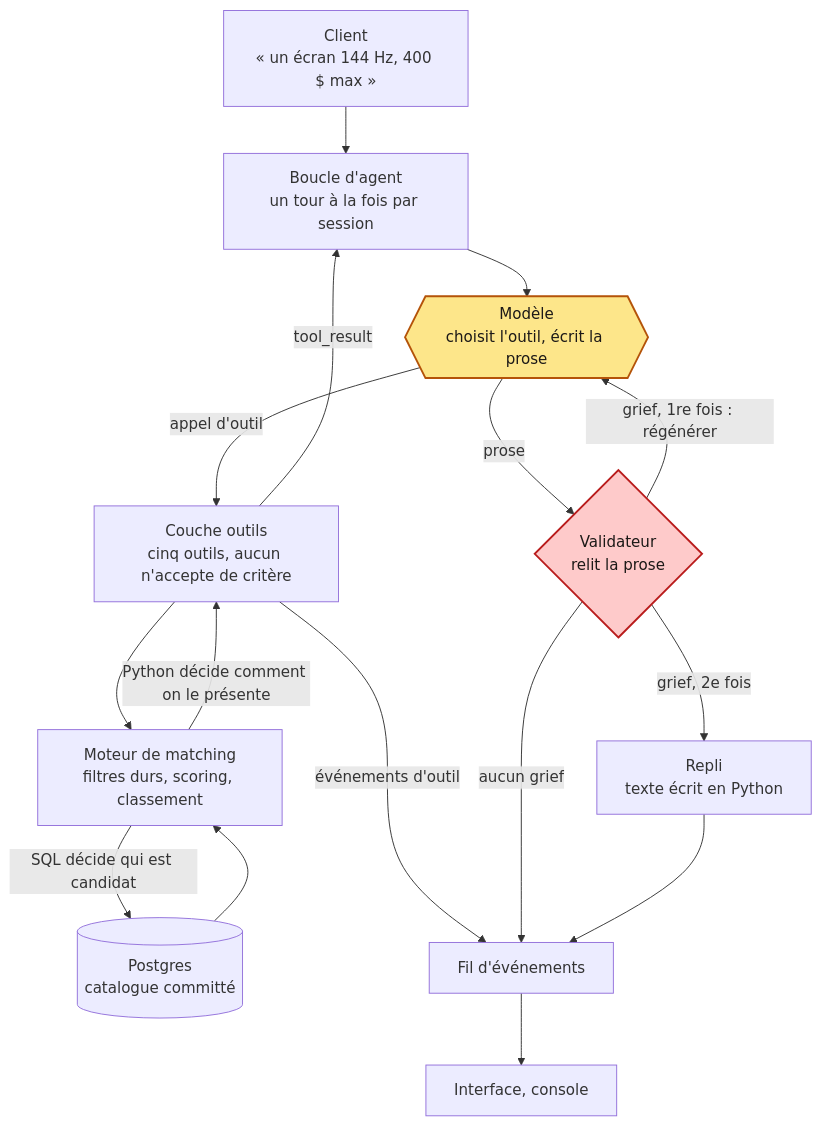
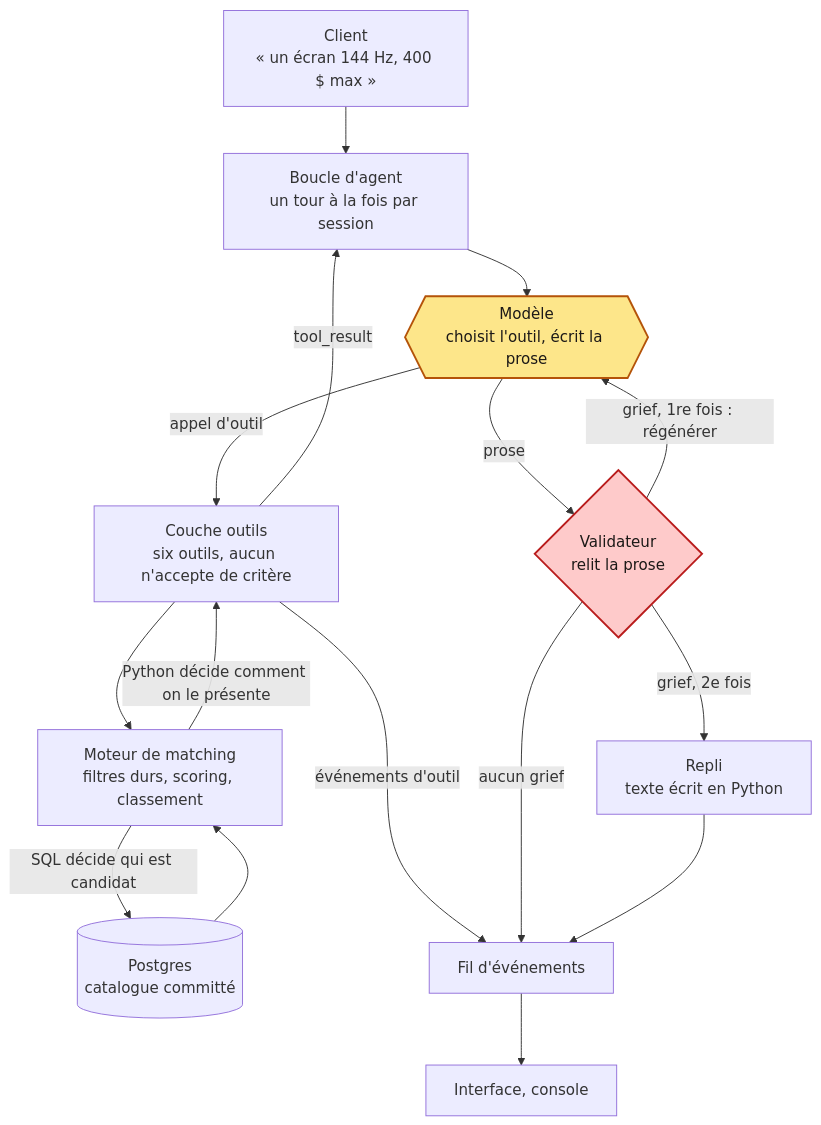
Before and after one commit to chaton59/rAiyon: the diagram in README.md, drawn with Mermaid. The commit also changed other lines of this file and 1 other file, not shown here.

````diff
--- a/README.md
+++ b/README.md
@@ -10,34 +28,34 @@
 ```mermaid
 flowchart TD
     C["Client<br/>« un écran 144 Hz, 400 $ max »"]
     B["Boucle d'agent<br/>un tour à la fois par session"]
     LLM{{"Modèle<br/>choisit l'outil, écrit la prose"}}
-    OUT["Couche outils<br/>cinq outils, aucun n'accepte de critère"]
+    OUT["Couche outils<br/>six outils, aucun n'accepte de critère"]
     MOT["Moteur de matching<br/>filtres durs, scoring, classement"]
     SQL[("Postgres<br/>catalogue committé")]
     VAL{"Validateur<br/>relit la prose"}
     REPLI["Repli<br/>texte écrit en Python"]
     SSE["Fil d'événements"]
     UI["Interface, console"]
 
     C --> B
     B --> LLM
     LLM -- "appel d'outil" --> OUT
     OUT --> MOT
     MOT -- "SQL décide qui est candidat" --> SQL
     SQL --> MOT
     MOT -- "Python décide comment on le présente" --> OUT
     OUT -- "tool_result" --> B
     OUT -- "événements d'outil" --> SSE
     LLM -- "prose" --> VAL
     VAL -- "aucun grief" --> SSE
     VAL -- "grief, 1re fois : régénérer" --> LLM
     VAL -- "grief, 2e fois" --> REPLI
     REPLI --> SSE
     SSE --> UI
 
     classDef modele fill:#fde68a,stroke:#b45309,stroke-width:2px,color:#1c1917
     classDef porte fill:#fecaca,stroke:#b91c1c,stroke-width:2px,color:#1c1917
     class LLM modele
     class VAL porte
 ```
````
